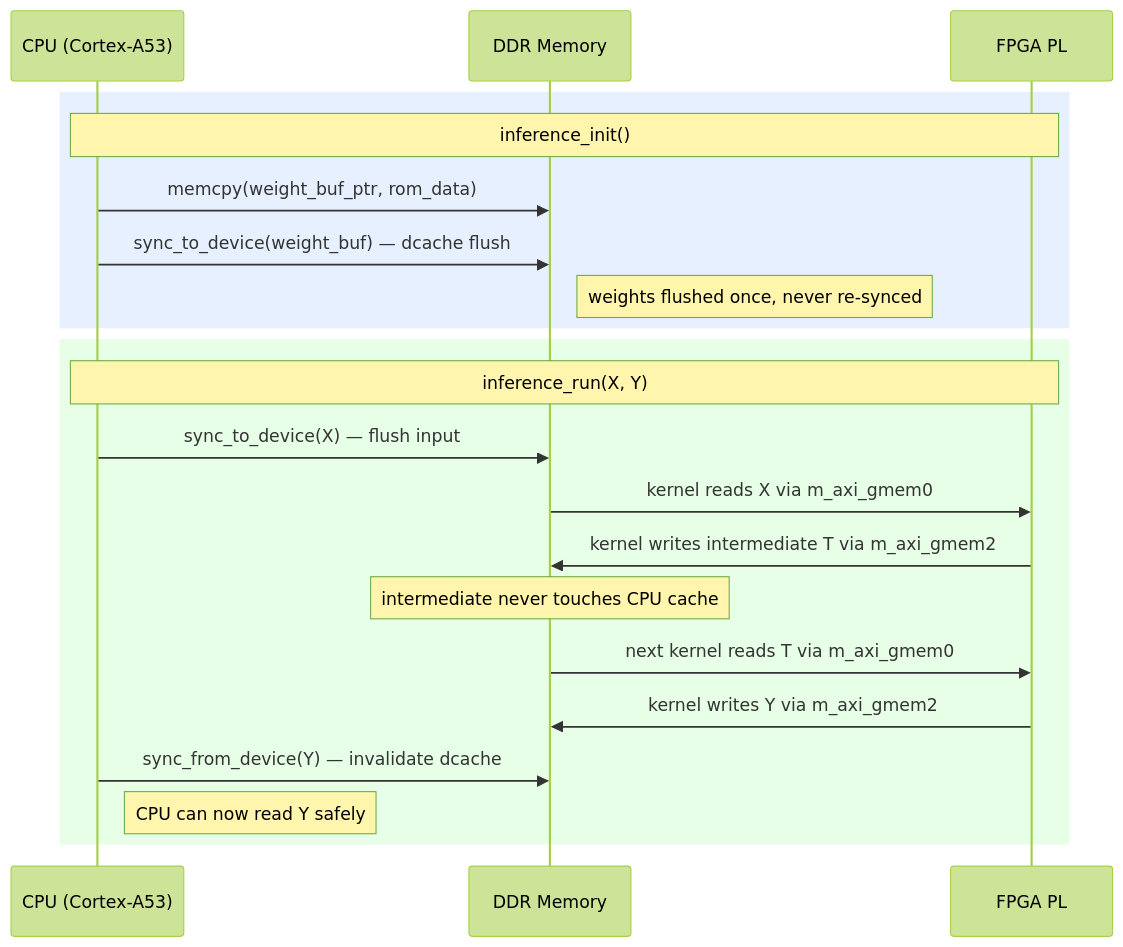
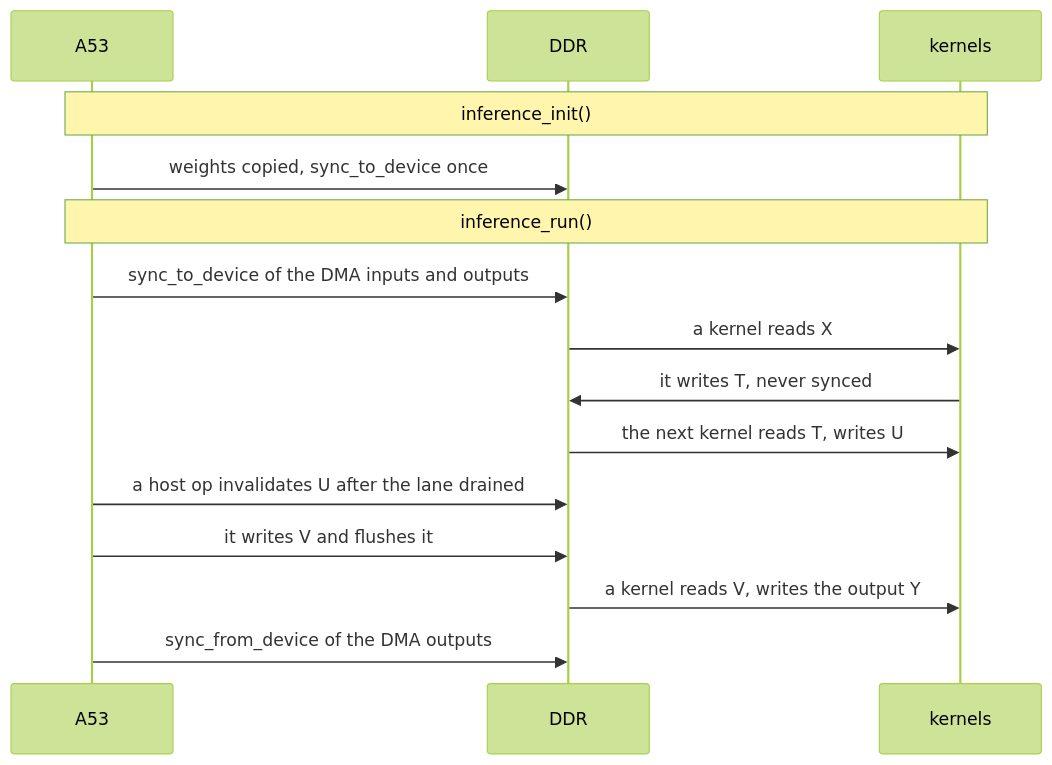
The ninth of 9 diagrams in inference-scheduler/doc/ARCHITECTURE.md (phoenix367/cormorant), drawn with Mermaid (forest theme) before and after one commit. The commit also changed other lines of this file and 91 other files, not shown here.

````diff
--- a/inference-scheduler/doc/ARCHITECTURE.md
+++ b/inference-scheduler/doc/ARCHITECTURE.md
@@ -1056,25 +1560,17 @@
 ```mermaid
 sequenceDiagram
-    participant CPU as CPU (Cortex-A53)
-    participant DDR as DDR Memory
-    participant PL as FPGA PL
-
-    rect rgb(230, 240, 255)
-        Note over CPU,PL: inference_init()
-        CPU->>DDR: memcpy(weight_buf_ptr, rom_data)
-        CPU->>DDR: sync_to_device(weight_buf) — dcache flush
-        Note right of DDR: weights flushed once, never re-synced
-    end
-
-    rect rgb(230, 255, 230)
-        Note over CPU,PL: inference_run(X, Y)
-        CPU->>DDR: sync_to_device(X) — flush input
-        DDR->>PL: kernel reads X via m_axi_gmem0
-        PL->>DDR: kernel writes intermediate T via m_axi_gmem2
-        Note over DDR: intermediate never touches CPU cache
-        DDR->>PL: next kernel reads T via m_axi_gmem0
-        PL->>DDR: kernel writes Y via m_axi_gmem2
-        CPU->>DDR: sync_from_device(Y) — invalidate dcache
-        Note right of CPU: CPU can now read Y safely
-    end
+    participant CPU as A53
+    participant DDR
+    participant PL as kernels
+    Note over CPU,PL: inference_init()
+    CPU->>DDR: weights copied, sync_to_device once
+    Note over CPU,PL: inference_run()
+    CPU->>DDR: sync_to_device of the DMA inputs and outputs
+    DDR->>PL: a kernel reads X
+    PL->>DDR: it writes T, never synced
+    DDR->>PL: the next kernel reads T, writes U
+    CPU->>DDR: a host op invalidates U after the lane drained
+    CPU->>DDR: it writes V and flushes it
+    DDR->>PL: a kernel reads V, writes the output Y
+    CPU->>DDR: sync_from_device of the DMA outputs
 ```
````
